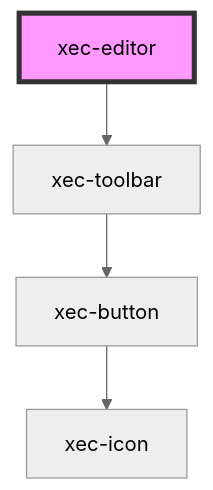
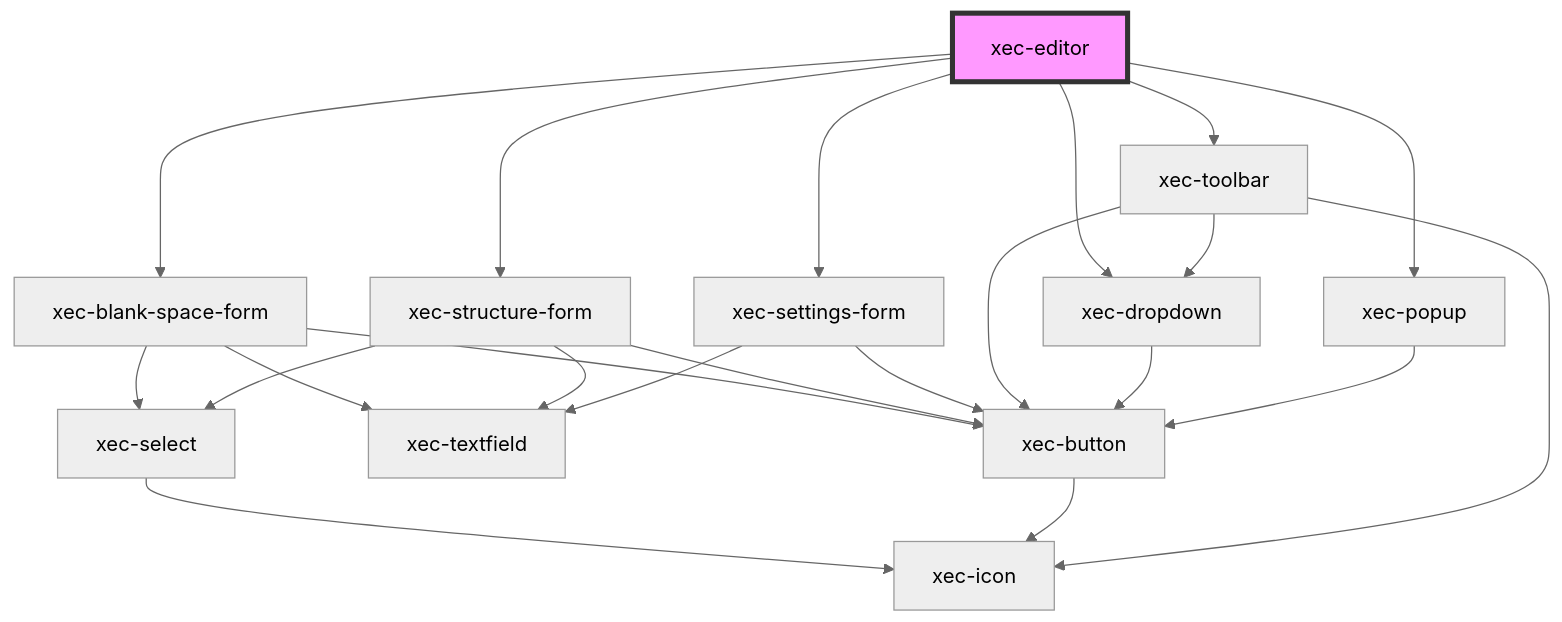
Before and after one commit to scribes-app/tei-component-suite: the diagram in src/components/xec-editor/readme.md, drawn with Mermaid (neutral theme). The commit also changed other lines of this file and 20 other files, not shown here.

````diff
--- a/src/components/xec-editor/readme.md
+++ b/src/components/xec-editor/readme.md
@@ -35,7 +97,25 @@
 ```mermaid
 graph TD;
+  xec-editor --> xec-blank-space-form
+  xec-editor --> xec-structure-form
+  xec-editor --> xec-settings-form
   xec-editor --> xec-toolbar
+  xec-editor --> xec-dropdown
+  xec-editor --> xec-popup
+  xec-blank-space-form --> xec-select
+  xec-blank-space-form --> xec-textfield
+  xec-blank-space-form --> xec-button
+  xec-select --> xec-icon
+  xec-button --> xec-icon
+  xec-structure-form --> xec-select
+  xec-structure-form --> xec-textfield
+  xec-structure-form --> xec-button
+  xec-settings-form --> xec-textfield
+  xec-settings-form --> xec-button
   xec-toolbar --> xec-button
-  xec-button --> xec-icon
+  xec-toolbar --> xec-dropdown
+  xec-toolbar --> xec-icon
+  xec-dropdown --> xec-button
+  xec-popup --> xec-button
   style xec-editor fill:#f9f,stroke:#333,stroke-width:4px
 ```
````
